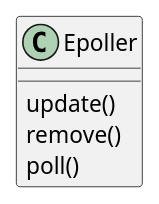
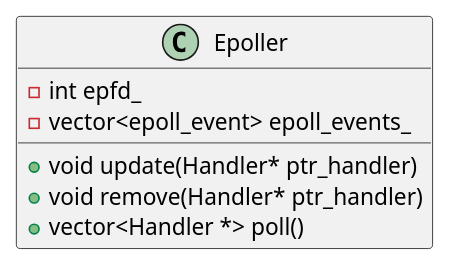
One commit to ryueran/modern_cpp_excercise changed the diagram in mordern_cpp/reactor/uml/Epoller.plantuml. Above: the diagram before and after it, drawn with PlantUML. The commit also changed 4 other files, not shown here.

```diff
--- a/mordern_cpp/reactor/uml/Epoller.plantuml
+++ b/mordern_cpp/reactor/uml/Epoller.plantuml
@@ -1,8 +1,10 @@
 @startuml
 class Epoller
 {
-    update()
-    remove()
-    poll()
+    - int epfd_
+    - vector<epoll_event> epoll_events_
+    + void update(Handler* ptr_handler)
+    + void remove(Handler* ptr_handler)
+    + vector<Handler *> poll()
 }
 @enduml
```
